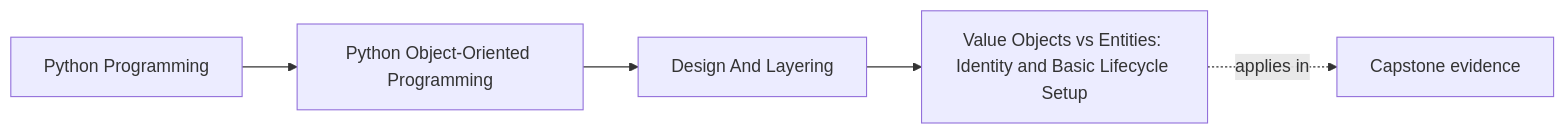
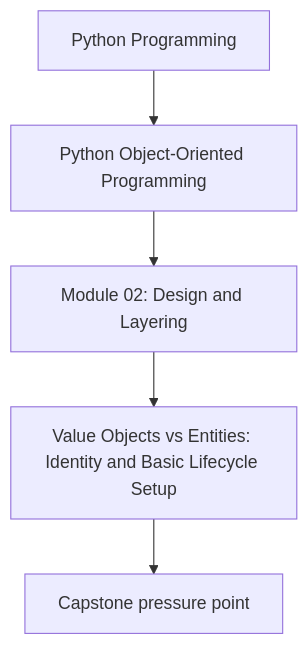
The first of 2 diagrams in programs/python-programming/python-object-oriented-programming/course-book/module-02-design-and-layering/value-objects-versus-entities.md (bijux/bijux-masterclass), drawn with Mermaid before and after one commit. The commit also changed other lines of this file and 107 other files, not shown here.

Commit message:
docs(python-object-oriented-programming): align concept page diagrams

````diff
--- a/programs/python-programming/python-object-oriented-programming/course-book/module-02-design-and-layering/value-objects-versus-entities.md
+++ b/programs/python-programming/python-object-oriented-programming/course-book/module-02-design-and-layering/value-objects-versus-entities.md
@@ -7,11 +7,7 @@
 ```mermaid
-graph LR
-  family["Python Programming"]
-  program["Python Object-Oriented Programming"]
-  section["Design And Layering"]
-  page["Value Objects vs Entities: Identity and Basic Lifecycle Setup"]
-  capstone["Capstone evidence"]
-
-  family --> program --> section --> page
-  page -.applies in.-> capstone
+flowchart TD
+  family["Python Programming"] --> program["Python Object-Oriented Programming"]
+  program --> module["Module 02: Design and Layering"]
+  module --> concept["Value Objects vs Entities: Identity and Basic Lifecycle Setup"]
+  concept --> capstone["Capstone pressure point"]
 ```
````
